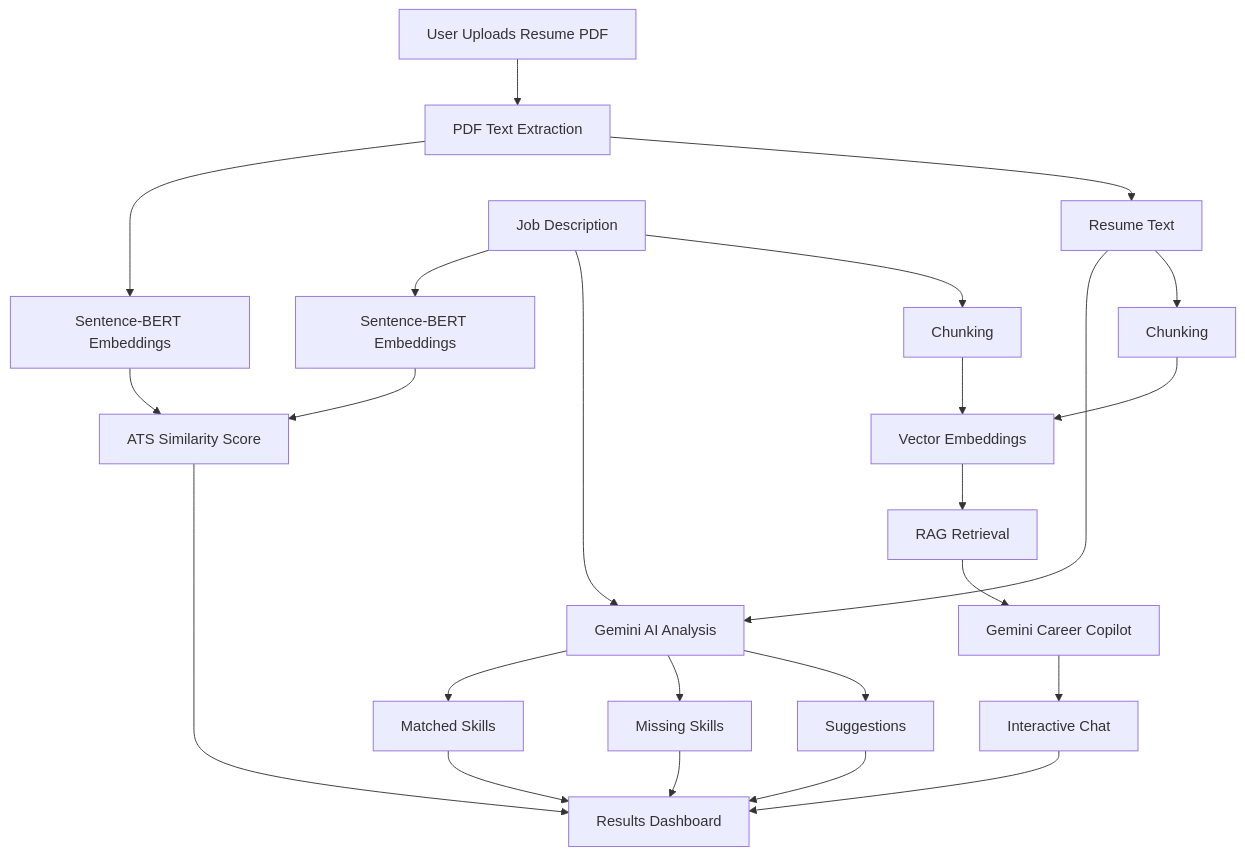
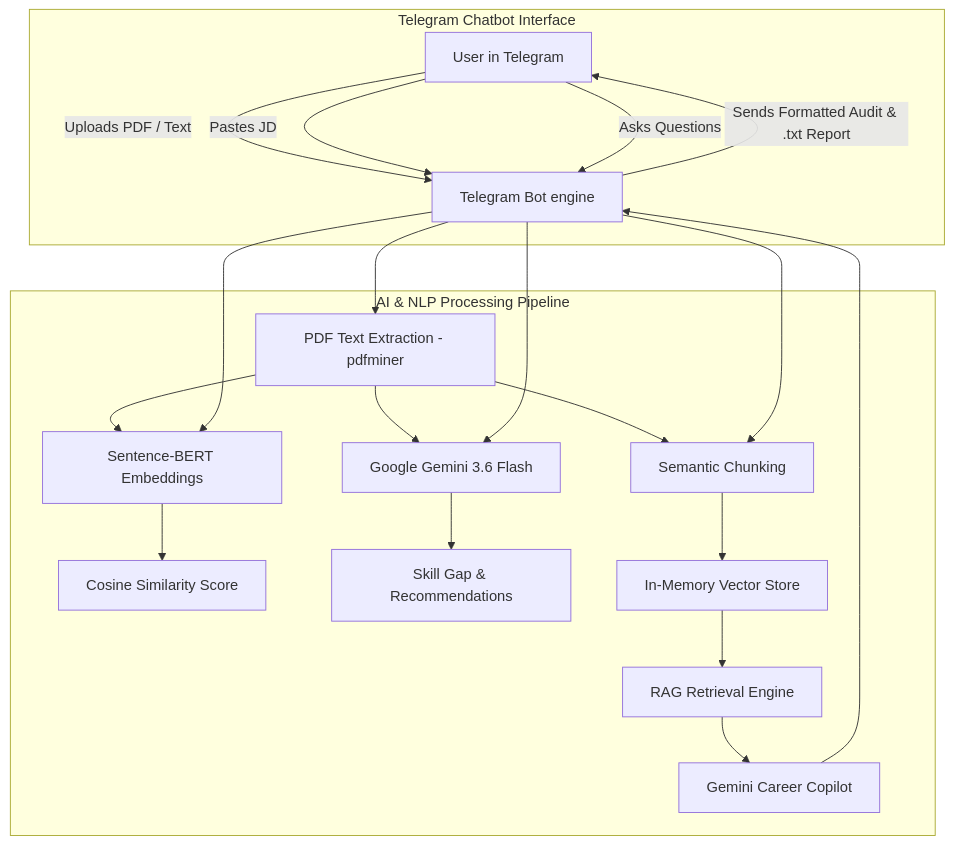
The diagram in README.md (Sivaram1024/ATS_score), drawn with Mermaid before and after one commit. The commit also changed other lines of this file and 4 other files, not shown here.

Commit message:
feat: integrate Telegram Chatbot interface for ATS Score and Career Copilot

````diff
--- a/README.md
+++ b/README.md
@@ -89,26 +75,27 @@
 ```mermaid
 flowchart TD
-  A[User Uploads Resume PDF] --> B[PDF Text Extraction]
-  B --> C[Sentence-BERT Embeddings]
-  C --> D[ATS Similarity Score]
-  B --> E[Resume Text]
-  F[Job Description] --> G[Sentence-BERT Embeddings]
-  G --> D
-  E --> H[Gemini AI Analysis]
-  F --> H
-  H --> I[Matched Skills]
-  H --> J[Missing Skills]
-  H --> K[Suggestions]
-  E --> L[Chunking]
-  F --> M[Chunking]
-  L --> N[Vector Embeddings]
-  M --> N
-  N --> O[RAG Retrieval]
-  O --> P[Gemini Career Copilot]
-  P --> Q[Interactive Chat]
-  D --> R[Results Dashboard]
-  I --> R
-  J --> R
-  K --> R
-  Q --> R
+  subgraph Telegram_Interface [Telegram Chatbot Interface]
+    U[User in Telegram] -->|Uploads PDF / Text| TB[Telegram Bot engine]
+    U -->|Pastes JD| TB
+    U -->|Asks Questions| TB
+    TB -->|Sends Formatted Audit & .txt Report| U
+  end
+
+  subgraph Processing_Pipeline [AI & NLP Processing Pipeline]
+    TB --> PE[PDF Text Extraction - pdfminer]
+    PE --> SB[Sentence-BERT Embeddings]
+    TB --> SB
+    SB --> SIM[Cosine Similarity Score]
+    
+    PE --> GEM[Google Gemini 3.6 Flash]
+    TB --> GEM
+    GEM --> SKILLS[Skill Gap & Recommendations]
+    
+    PE --> CHUNK[Semantic Chunking]
+    TB --> CHUNK
+    CHUNK --> VEC[In-Memory Vector Store]
+    VEC --> RAG[RAG Retrieval Engine]
+    RAG --> COPILOT[Gemini Career Copilot]
+    COPILOT --> TB
+  end
 ```
````
